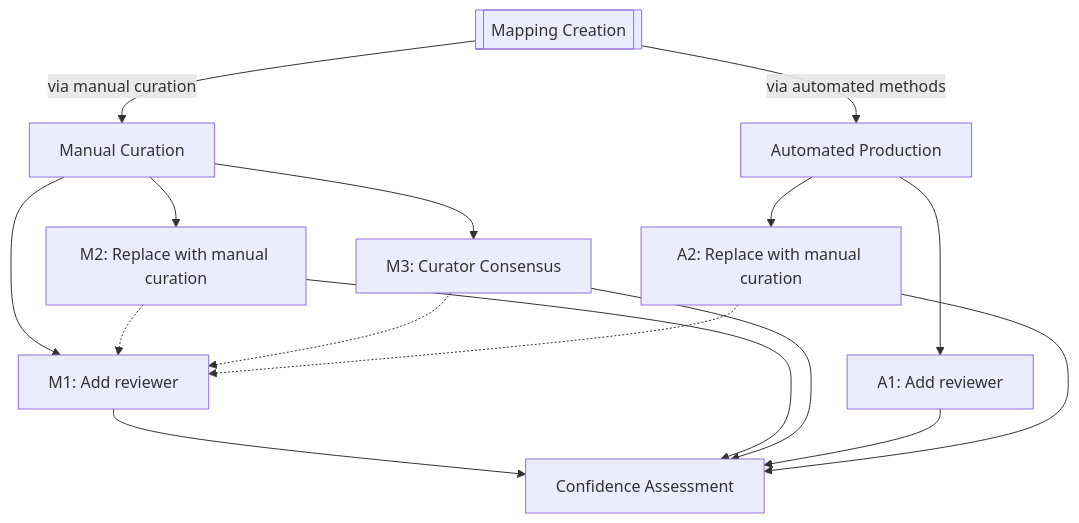
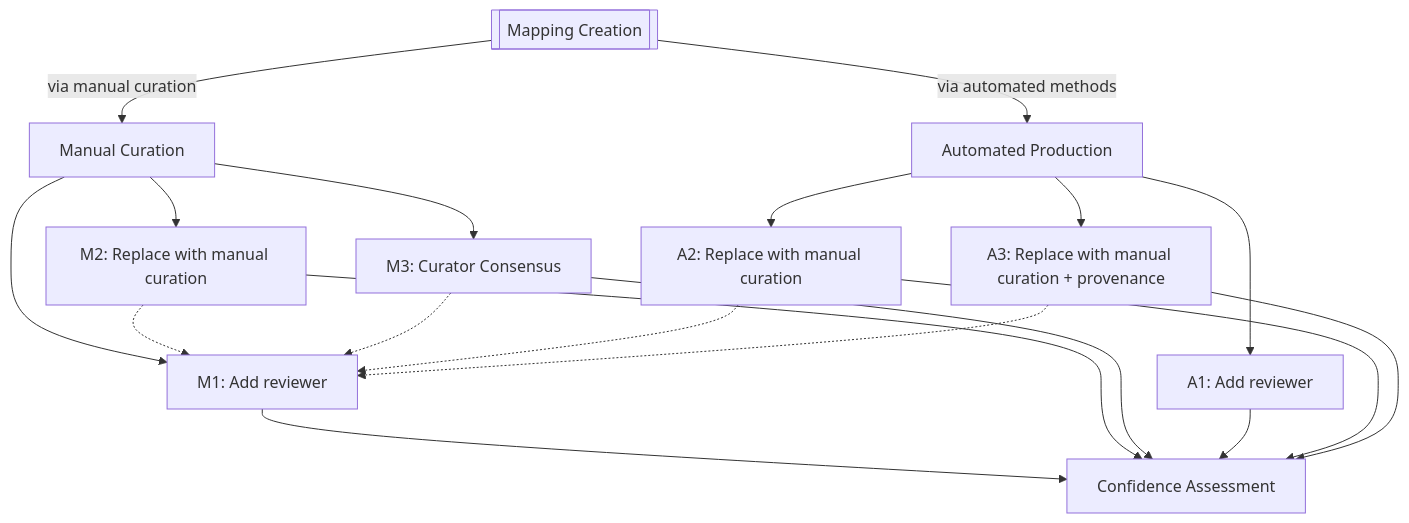
Before and after one commit to cthoyt/cthoyt.github.io: the diagram in _posts/2026/2026-08-27-reviewing-sssom.md, drawn with Mermaid. The commit also changed other lines of this file, not shown here.

````diff
--- a/_posts/2026/2026-08-27-reviewing-sssom.md
+++ b/_posts/2026/2026-08-27-reviewing-sssom.md
@@ -25,17 +25,19 @@
 ```mermaid
 flowchart TD
     Start[[Mapping Creation]]
     Manual[Manual Curation]
     Automated[Automated Production]
     Final[Confidence Assessment]
     Start -->|via manual curation| Manual
     Start -->|via automated methods| Automated
     Manual --> M1[M1: Add reviewer] --> Final
     Manual --> M2[M2: Replace with manual curation] --> Final
     Manual --> M3[M3: Curator Consensus] --> Final
     M2 -.-> M1
     M3 -.-> M1
     Automated --> A1[A1: Add reviewer] --> Final
     Automated --> A2[A2: Replace with manual curation] --> Final
+    Automated --> A3[A3: Replace with manual curation + provenance] --> Final
     A2 -.-> M1
+    A3 -.-> M1
 ```
````
